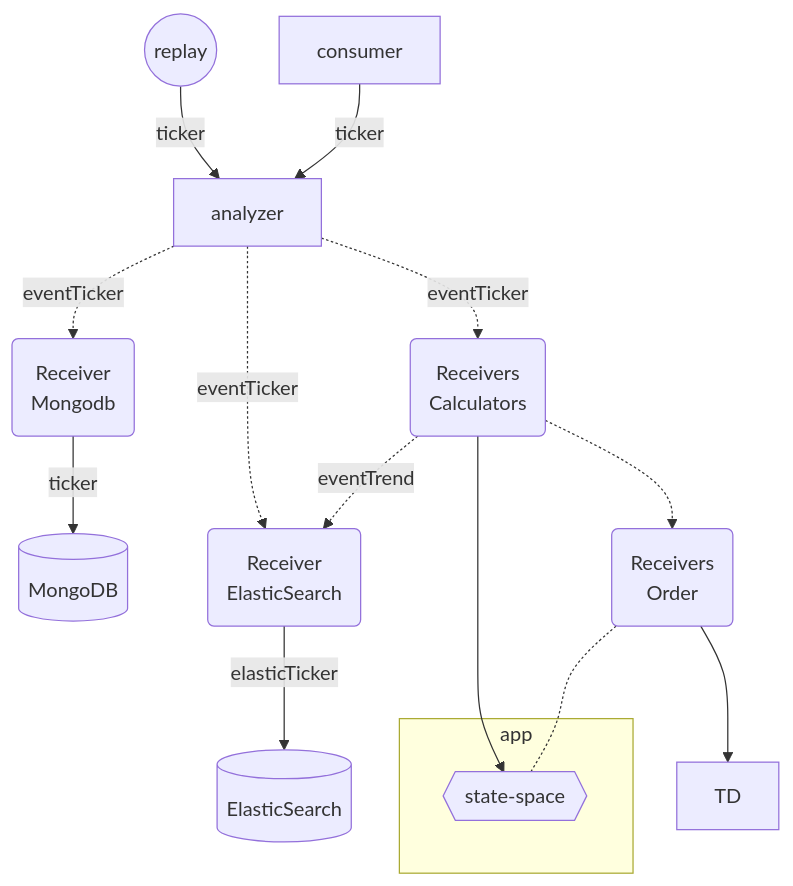
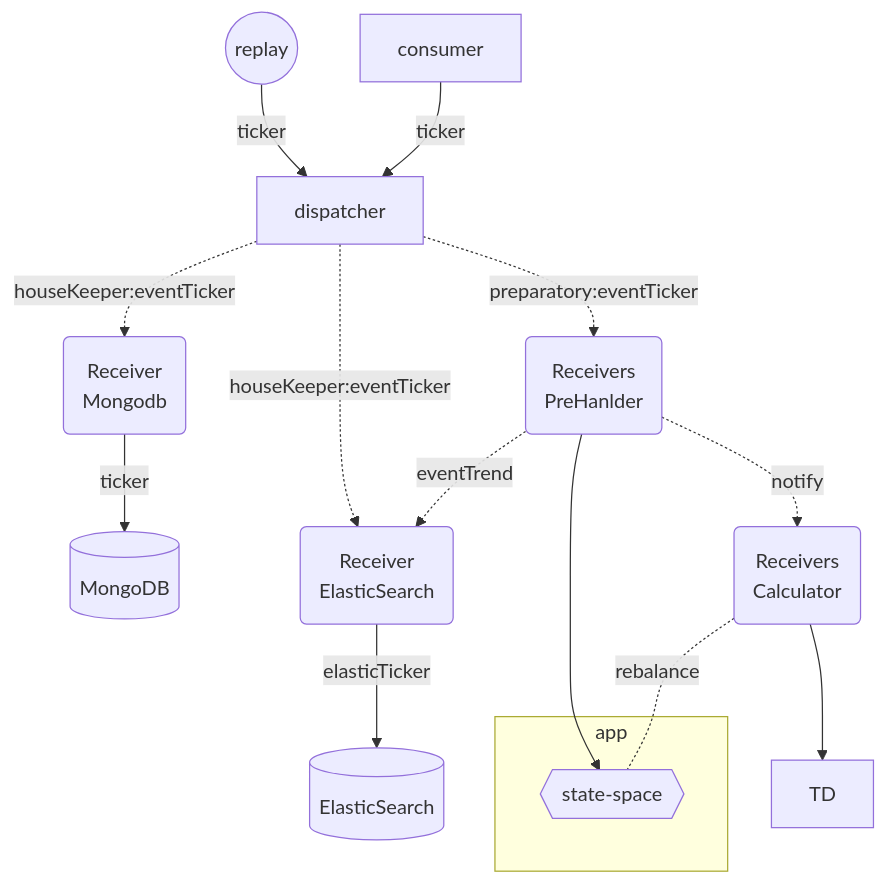
Before and after one commit to nanashi07/sminer: the diagram in doc/messages.md, drawn with Mermaid. The commit also changed 8 other files, not shown here.

````diff
--- a/doc/messages.md
+++ b/doc/messages.md
@@ -3,34 +3,34 @@
 ```mermaid
 graph TD
 
 subgraph app
   state
 end
 
 mongodb[(MongoDB)]
 elasticsearch[(ElasticSearch)]
 state{{state-space}}
 
 rx-mongo(Receiver<br/>Mongodb)
 rx-elastic(Receiver<br/>ElasticSearch)
-rx-calculator(Receivers<br/>Calculators)
-rx-order(Receivers<br/>Order)
+rx-calculator(Receivers<br/>PreHanlder)
+rx-order(Receivers<br/>Calculator)
 
 
-replay((replay))-- ticker -->analyzer
-consumer-- ticker -->analyzer
+replay((replay))-- ticker -->dispatcher
+consumer-- ticker -->dispatcher
 
-analyzer-. eventTicker .->rx-mongo
+dispatcher-. houseKeeper:eventTicker .->rx-mongo
 rx-mongo-- ticker -->mongodb
 
-analyzer-. eventTicker .->rx-elastic
+dispatcher-. houseKeeper:eventTicker .->rx-elastic
 rx-calculator-. eventTrend .->rx-elastic
 rx-elastic-- elasticTicker -->elasticsearch
 
-analyzer-. eventTicker .->rx-calculator
+dispatcher-. preparatory:eventTicker .->rx-calculator
 rx-calculator-->state
-rx-calculator-.->rx-order
+rx-calculator-. notify .->rx-order
 
-rx-order-.-state
+rx-order-. rebalance .-state
 rx-order-->TD
 ```
````
